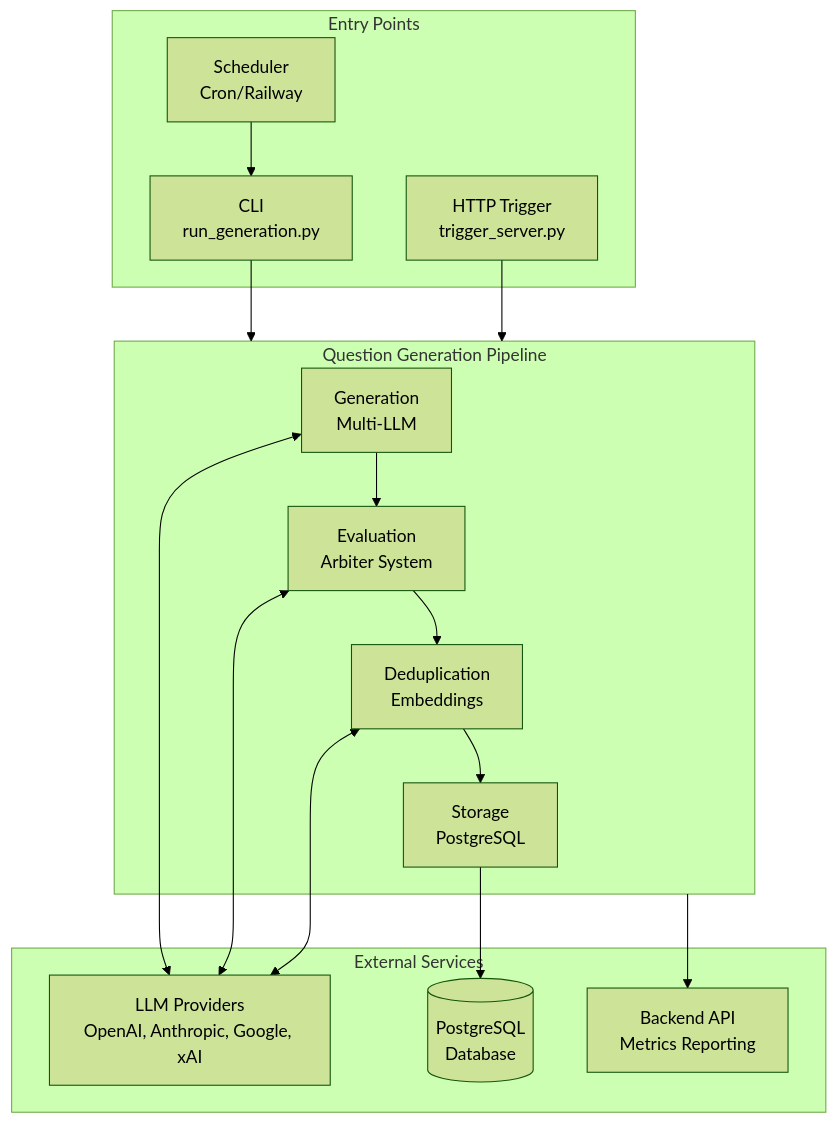
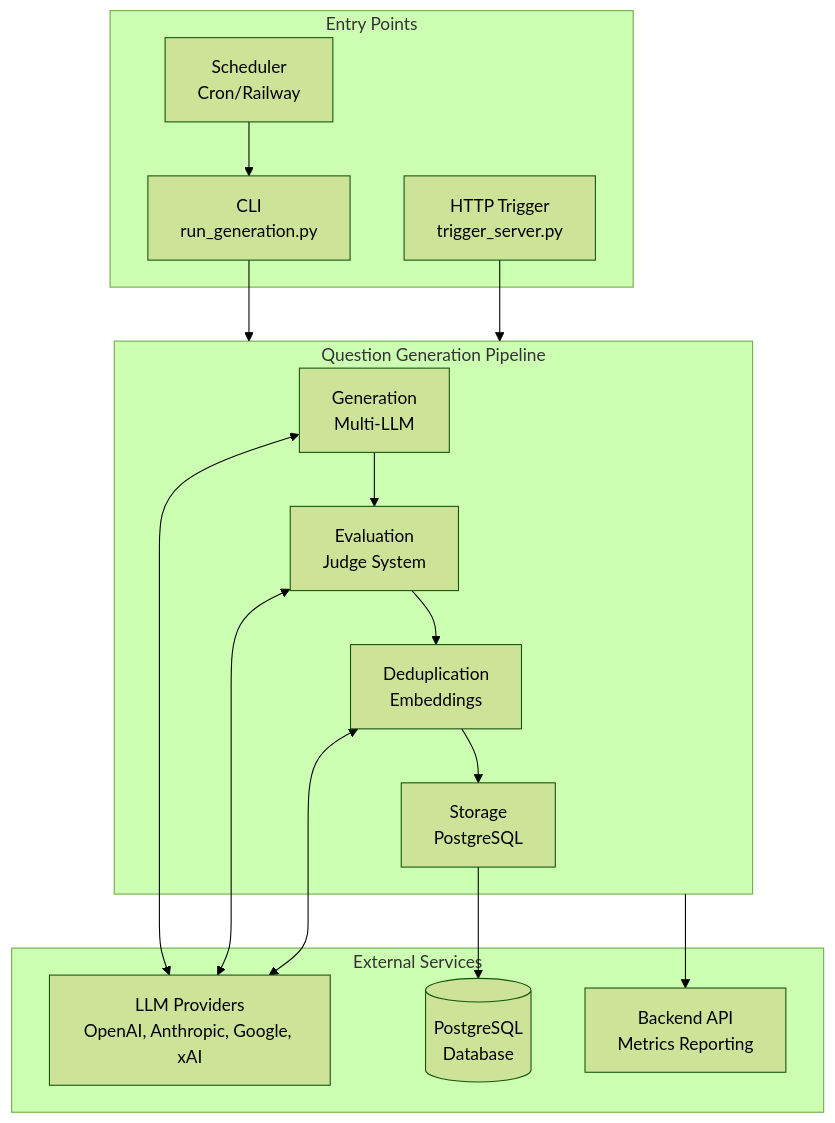
Before and after one commit to gioe/aiq: the first of 15 diagrams in question-service/docs/ARCHITECTURE.md, drawn with Mermaid (forest theme). The commit also changed other lines of this file and 58 other files, not shown here.

First line of the commit message:
refactor: Rename arbiter to judge throughout codebase

````diff
--- a/question-service/docs/ARCHITECTURE.md
+++ b/question-service/docs/ARCHITECTURE.md
@@ -22,33 +22,33 @@
 ```mermaid
 flowchart TB
     subgraph Entry["Entry Points"]
         CLI["CLI<br/>run_generation.py"]
         HTTP["HTTP Trigger<br/>trigger_server.py"]
         CRON["Scheduler<br/>Cron/Railway"]
     end
 
     subgraph Pipeline["Question Generation Pipeline"]
         GEN["Generation<br/>Multi-LLM"]
-        EVAL["Evaluation<br/>Arbiter System"]
+        EVAL["Evaluation<br/>Judge System"]
         DEDUP["Deduplication<br/>Embeddings"]
         STORE["Storage<br/>PostgreSQL"]
     end
 
     subgraph External["External Services"]
         LLM["LLM Providers<br/>OpenAI, Anthropic, Google, xAI"]
         DB[(PostgreSQL<br/>Database)]
         BACKEND["Backend API<br/>Metrics Reporting"]
     end
 
     CLI --> Pipeline
     HTTP --> Pipeline
     CRON --> CLI
 
     GEN --> EVAL --> DEDUP --> STORE
 
     GEN <--> LLM
     EVAL <--> LLM
     DEDUP <--> LLM
     STORE --> DB
     Pipeline --> BACKEND
 ```
````
